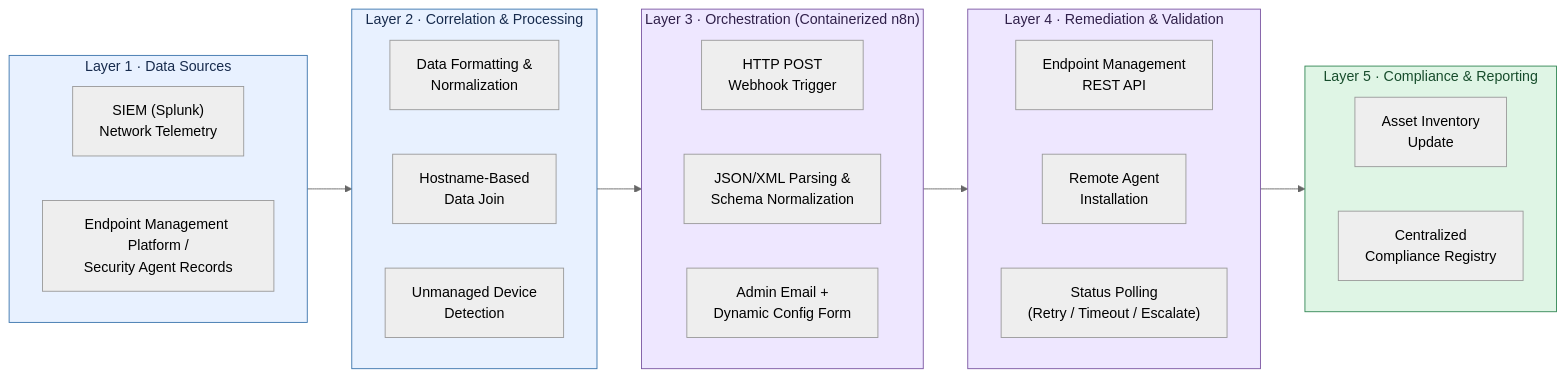
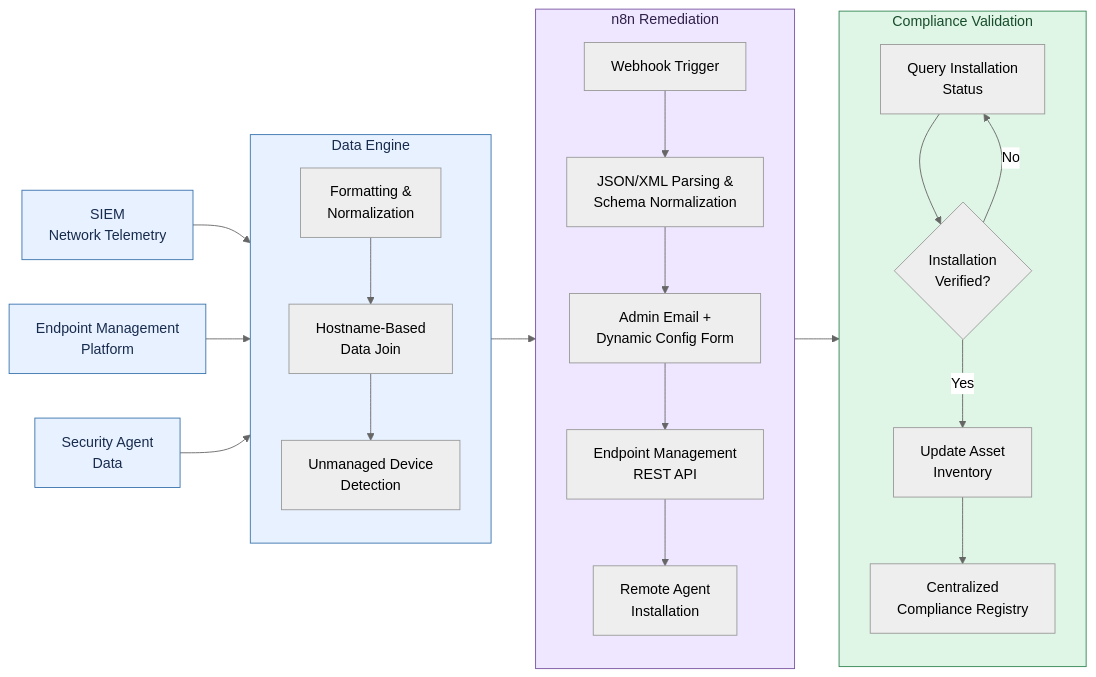
Before and after one commit to KaziHossain15/C2C-Pipeline: the first of 3 diagrams in README.md, drawn with Mermaid (neutral theme). The commit also changed other lines of this file, not shown here.

Commit message:
Update architecture diagram in README
Refactor architecture diagram for clarity and structure.

````diff
--- a/README.md
+++ b/README.md
@@ -20,43 +20,35 @@
 ```mermaid
 flowchart LR
-    subgraph L1["Layer 1 · Data Sources"]
-        direction LR
-        S1["SIEM (Splunk)<br/>Network Telemetry"]
-        S2["Endpoint Management Platform /<br/>Security Agent Records"]
+    S1["SIEM<br/>Network Telemetry"]
+    S2["Endpoint Management<br/>Platform"]
+    S3["Security Agent<br/>Data"]
+
+    subgraph DE["Data Engine"]
+        direction TB
+        D1["Formatting &<br/>Normalization"] --> D2["Hostname-Based<br/>Data Join"] --> D3["Unmanaged Device<br/>Detection"]
     end
 
-    subgraph L2["Layer 2 · Correlation & Processing"]
-        direction LR
-        P1["Data Formatting &<br/>Normalization"]
-        P2["Hostname-Based<br/>Data Join"]
-        P3["Unmanaged Device<br/>Detection"]
+    subgraph RM["n8n Remediation"]
+        direction TB
+        N1["Webhook Trigger"] --> N2["JSON/XML Parsing &<br/>Schema Normalization"] --> N3["Admin Email +<br/>Dynamic Config Form"] --> N4["Endpoint Management<br/>REST API"] --> N5["Remote Agent<br/>Installation"]
     end
 
-    subgraph L3["Layer 3 · Orchestration (Containerized n8n)"]
-        direction LR
-        O1["HTTP POST<br/>Webhook Trigger"]
-        O2["JSON/XML Parsing &<br/>Schema Normalization"]
-        O3["Admin Email +<br/>Dynamic Config Form"]
+    subgraph CV["Compliance Validation"]
+        direction TB
+        V1["Query Installation<br/>Status"] --> V2{"Installation<br/>Verified?"}
+        V2 -->|No| V1
+        V2 -->|Yes| V3["Update Asset<br/>Inventory"] --> V4["Centralized<br/>Compliance Registry"]
     end
 
-    subgraph L4["Layer 4 · Remediation & Validation"]
-        direction LR
-        M1["Endpoint Management<br/>REST API"]
-        M2["Remote Agent<br/>Installation"]
-        M3["Status Polling<br/>(Retry / Timeout / Escalate)"]
-    end
+    S1 --> DE
+    S2 --> DE
+    S3 --> DE
+    DE --> RM --> CV
 
-    subgraph L5["Layer 5 · Compliance & Reporting"]
-        direction LR
-        R1["Asset Inventory<br/>Update"]
-        R2["Centralized<br/>Compliance Registry"]
-    end
+    classDef source fill:#e8f1ff,stroke:#3973ac,color:#172b4d
+    class S1,S2,S3 source
 
-    L1 --> L2 --> L3 --> L4 --> L5
-
-    style L1 fill:#e8f1ff,stroke:#3973ac,color:#172b4d
-    style L2 fill:#e8f1ff,stroke:#3973ac,color:#172b4d
-    style L3 fill:#eee7ff,stroke:#7954a1,color:#30204a
-    style L4 fill:#eee7ff,stroke:#7954a1,color:#30204a
-    style L5 fill:#dff5e5,stroke:#318653,color:#174d2c
+    style DE fill:#e8f1ff,stroke:#3973ac,color:#172b4d
+    style RM fill:#eee7ff,stroke:#7954a1,color:#30204a
+    style CV fill:#dff5e5,stroke:#318653,color:#174d2c
 ```
````
